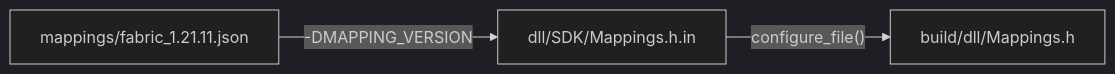
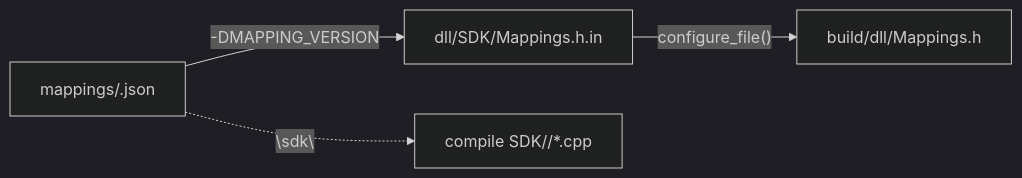
The second of 2 diagrams in README.md (expires/autoclicker), drawn with Mermaid (dark theme) before and after one commit. The commit also changed other lines of this file, not shown here.

````diff
--- a/README.md
+++ b/README.md
@@ -95,8 +106,9 @@
 ```mermaid
 flowchart LR
-    JSON["mappings/fabric_1.21.11.json"]
+    JSON["mappings/<version>.json"]
     TPL["dll/SDK/Mappings.h.in"]
     OUT["build/dll/Mappings.h"]
     JSON -->|"-DMAPPING_VERSION"| TPL
     TPL -->|"configure_file()"| OUT
+    JSON -.->|"\"sdk\""| SDKDIR["compile SDK/<sdk>/*.cpp"]
 ```
````
